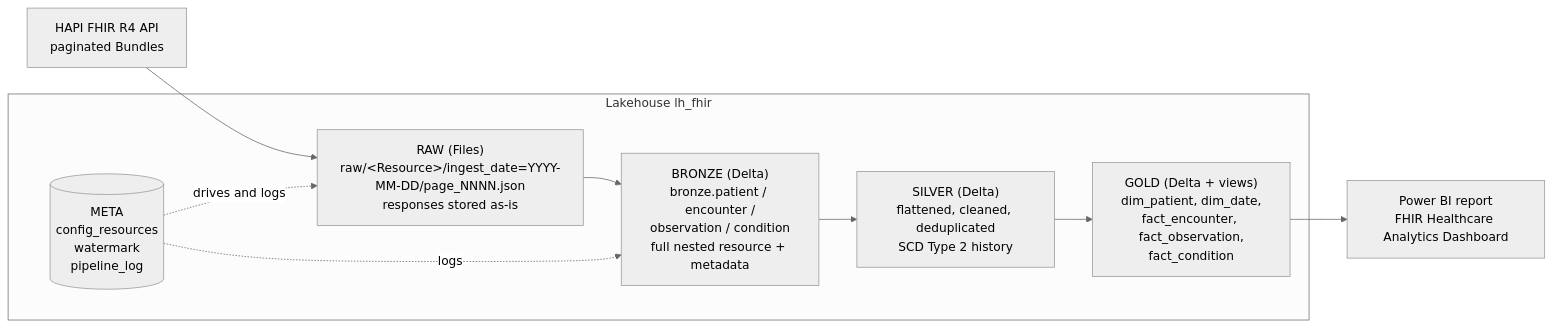
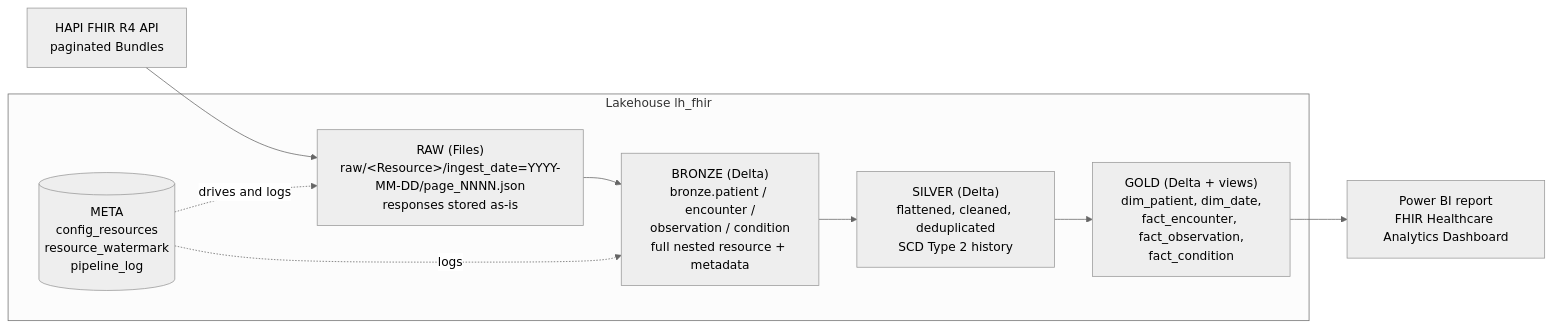
Before and after one commit to raju171812-art/fhir-medallion-lakehouse: the first of 2 diagrams in README.md, drawn with Mermaid (neutral theme). The commit also changed other lines of this file, not shown here.

````diff
--- a/README.md
+++ b/README.md
@@ -11,15 +11,15 @@
 ```mermaid
 flowchart LR
     API[HAPI FHIR R4 API<br/>paginated Bundles] --> RAW
     subgraph Lakehouse lh_fhir
         RAW["RAW (Files)<br/>raw/&lt;Resource&gt;/ingest_date=YYYY-MM-DD/page_NNNN.json<br/>responses stored as-is"]
         BRONZE["BRONZE (Delta)<br/>bronze.patient / encounter /<br/>observation / condition<br/>full nested resource + metadata"]
         SILVER["SILVER (Delta)<br/>flattened, cleaned, deduplicated<br/>SCD Type 2 history"]
         GOLD["GOLD (Delta + views)<br/>dim_patient, dim_date,<br/>fact_encounter, fact_observation,<br/>fact_condition"]
-        META[("META<br/>config_resources<br/>watermark<br/>pipeline_log")]
+        META[("META<br/>config_resources<br/>resource_watermark<br/>pipeline_log")]
     end
     RAW --> BRONZE --> SILVER --> GOLD
     META -. drives and logs .-> RAW
     META -. logs .-> BRONZE
     GOLD --> PBI[Power BI report<br/>FHIR Healthcare Analytics Dashboard]
 ```
````
